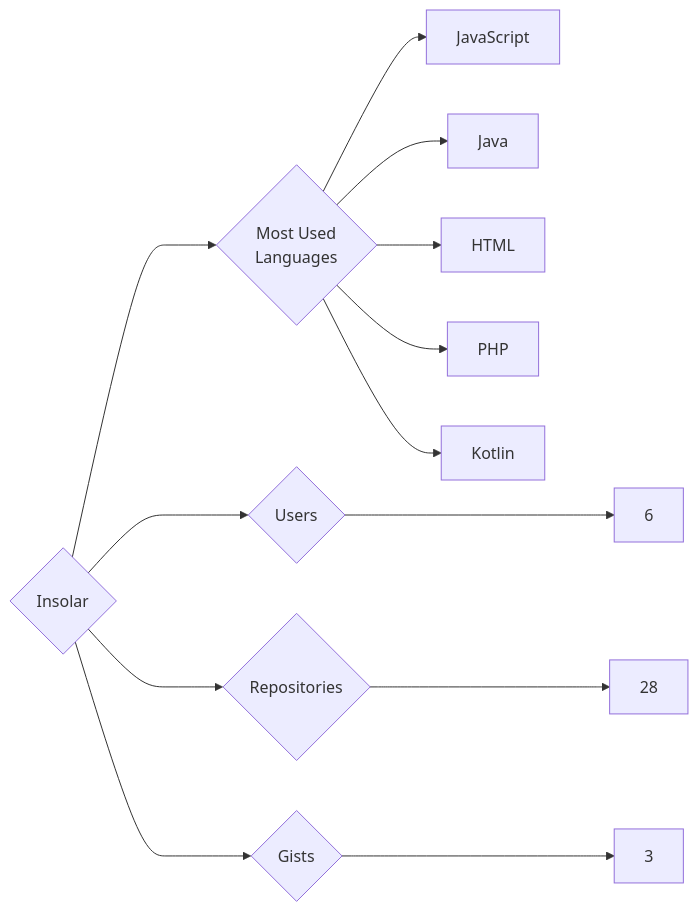
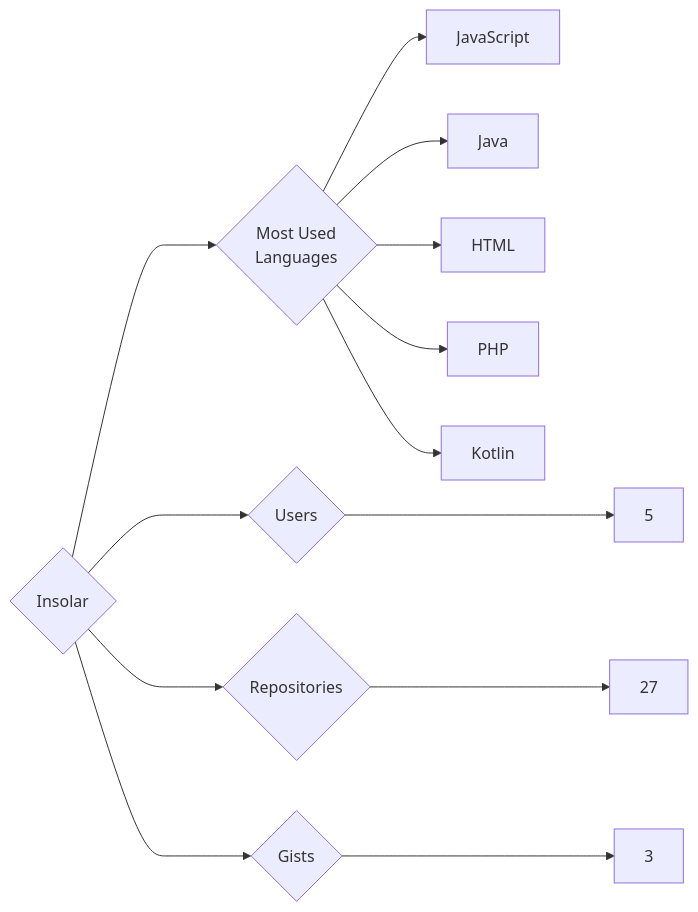
One commit to trickest/insiders changed the diagram in targets/Insolar/README.md. Above: the diagram before and after it, drawn with Mermaid. The commit also changed 1055 other files, not shown here.

````diff
--- a/targets/Insolar/README.md
+++ b/targets/Insolar/README.md
@@ -3,13 +3,13 @@
 ```mermaid
 graph LR
 COMPANY_NAME{Insolar}
-COMPANY_NAME ---> U{Users} ---> UN[6]
-COMPANY_NAME ---> R{Repositories} ---> RN[28]
+COMPANY_NAME ---> U{Users} ---> UN[5]
+COMPANY_NAME ---> R{Repositories} ---> RN[27]
 COMPANY_NAME ---> G{Gists} ---> GN[3]
 COMPANY_NAME ---> ML{Most Used<br>Languages}
 ML --> JavaScript[JavaScript]
 ML --> Java[Java]
 ML --> HTML[HTML]
 ML --> PHP[PHP]
 ML --> Kotlin[Kotlin]
 ```
````
